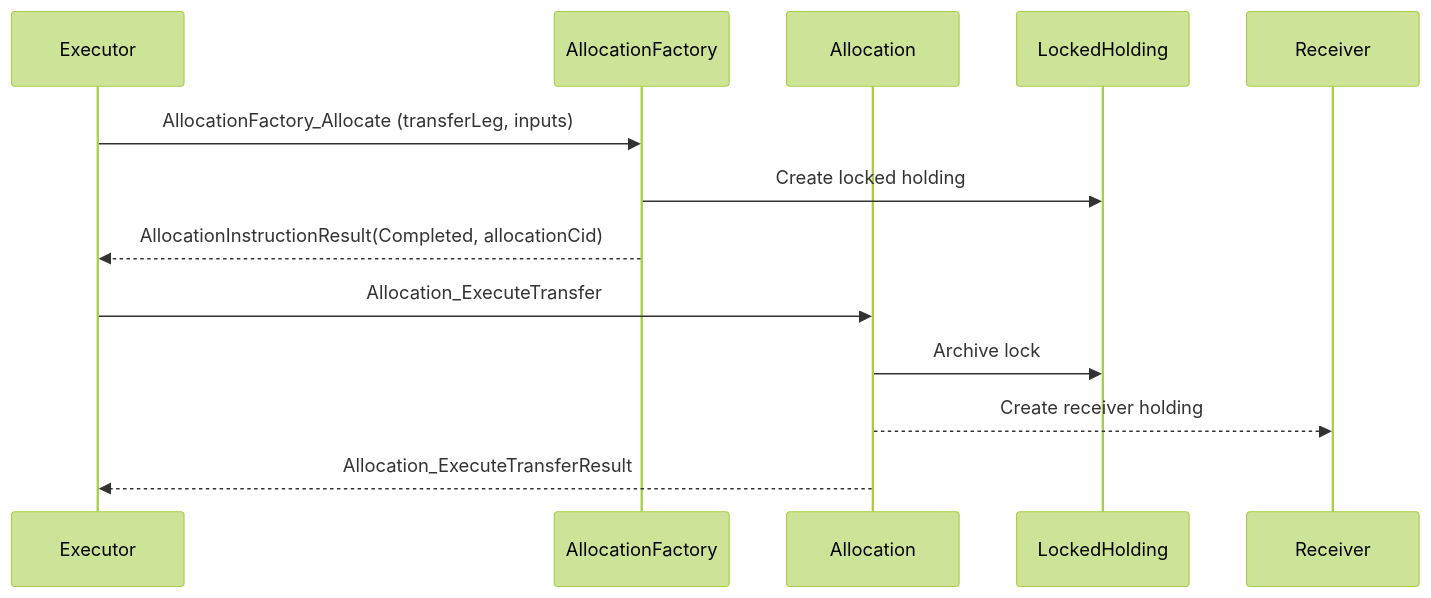
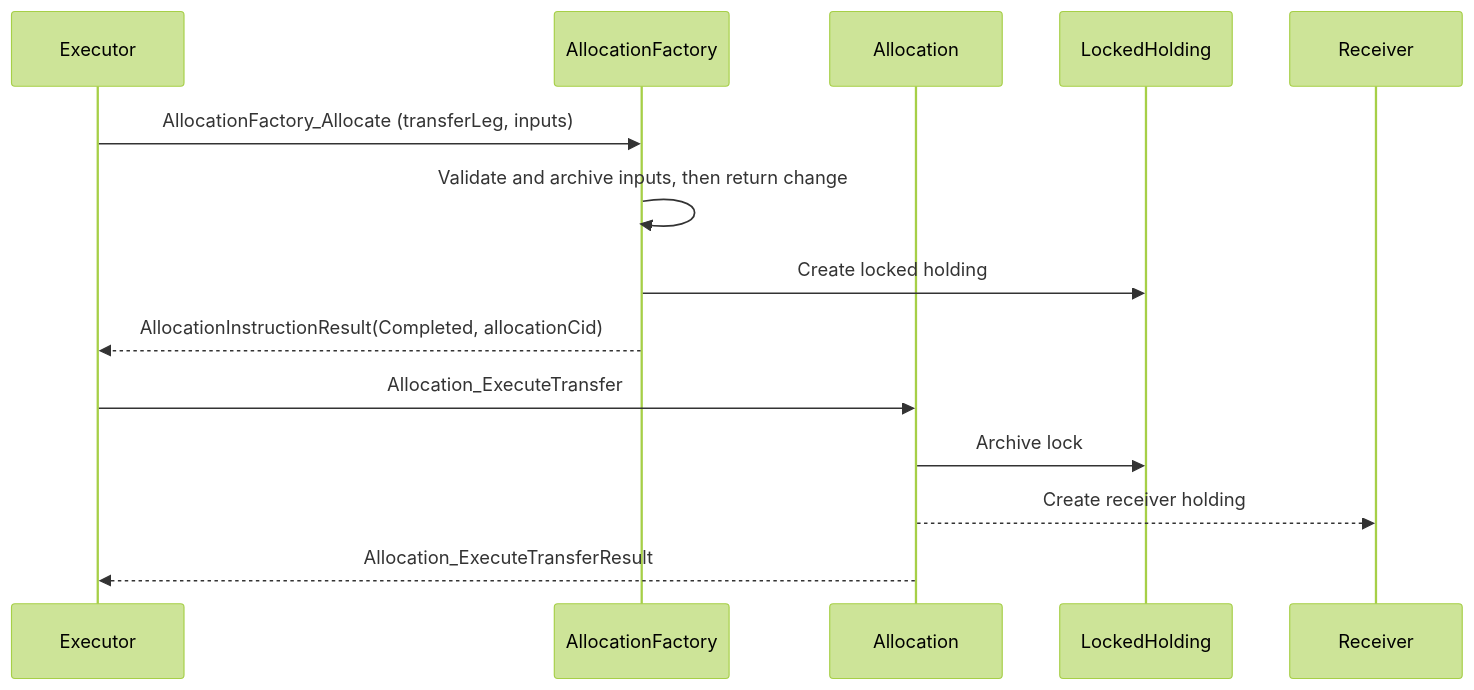
Before and after one commit to AngelhackDev/daml-fungible-token: the second of 2 diagrams in README.md, drawn with Mermaid (forest theme). The commit also changed other lines of this file and 1 other file, not shown here.

Commit message:
doc: add DvP explanation; update diagrams

````diff
--- a/README.md
+++ b/README.md
@@ -168,16 +175,18 @@
 ```mermaid
 sequenceDiagram
   participant E as Executor
   participant AF as AllocationFactory
   participant A as Allocation
   participant L as LockedHolding
+  participant R as Receiver
 
   E->>AF: AllocationFactory_Allocate (transferLeg, inputs)
+  AF->>AF: Validate and archive inputs, then return change
   AF->>L: Create locked holding
   AF-->>E: AllocationInstructionResult(Completed, allocationCid)
 
   E->>A: Allocation_ExecuteTransfer
   A->>L: Archive lock
-  A-->>Receiver: Create receiver holding
+  A-->>R: Create receiver holding
   A-->>E: Allocation_ExecuteTransferResult
 ```
````
